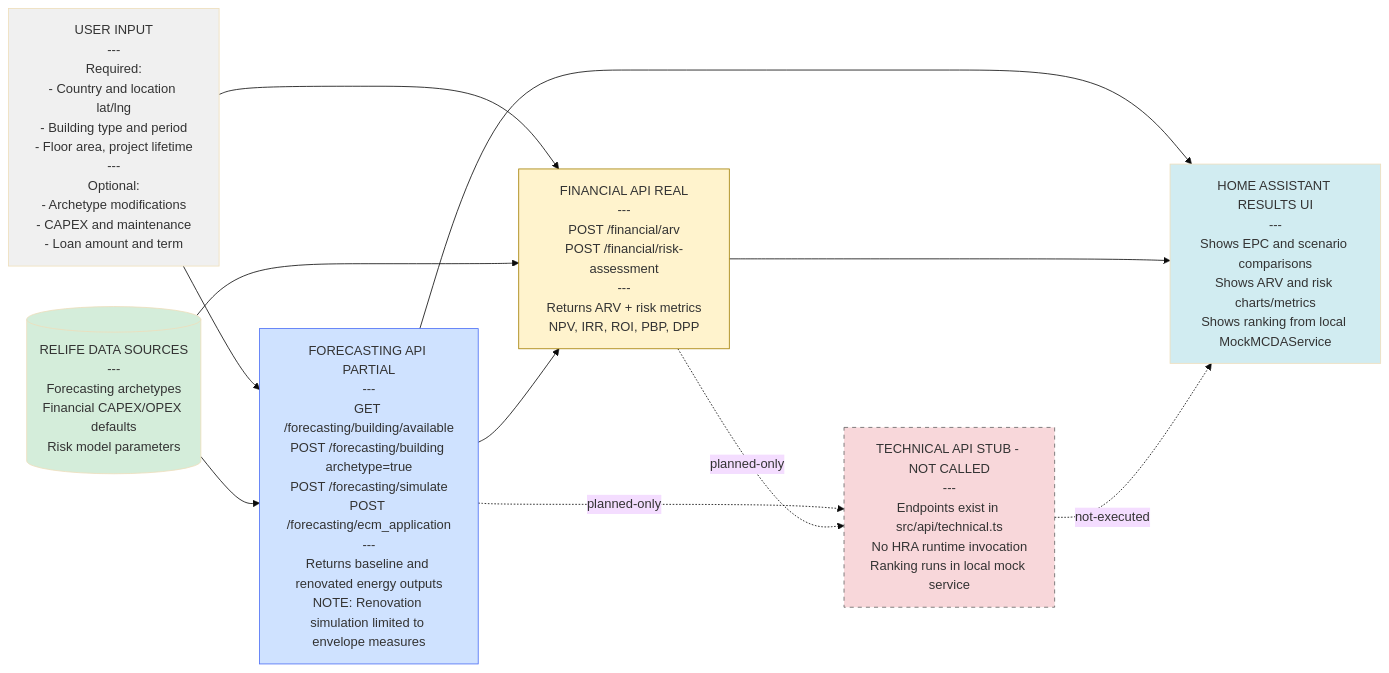
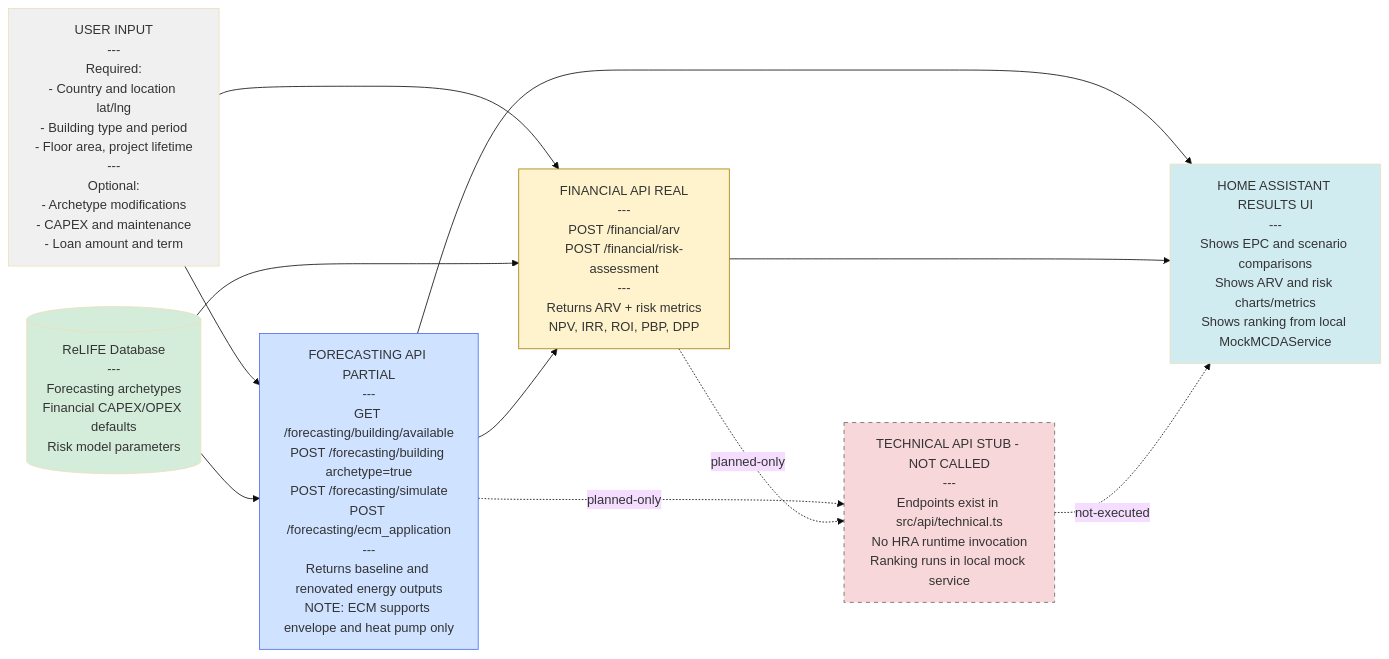
Before and after one commit to ReLIFE-Project-EU/relife-web-ui: the second of 6 diagrams in README.md, drawn with Mermaid (base theme). The commit also changed other lines of this file, not shown here.

Commit message:
📝 Update README to reflect ECM support for floor and heat pump

````diff
--- a/README.md
+++ b/README.md
@@ -63,32 +63,32 @@
 ```mermaid
 flowchart LR
     UserInput["USER INPUT<br/>---<br/>Required:<br/>- Country and location lat/lng<br/>- Building type and period<br/>- Floor area, project lifetime<br/>---<br/>Optional:<br/>- Archetype modifications<br/>- CAPEX and maintenance<br/>- Loan amount and term"]
 
-    DB[("RELIFE DATA SOURCES<br/>---<br/>Forecasting archetypes<br/>Financial CAPEX/OPEX defaults<br/>Risk model parameters")]
+    DB[("ReLIFE Database<br/>---<br/>Forecasting archetypes<br/>Financial CAPEX/OPEX defaults<br/>Risk model parameters")]
 
-    Forecasting["FORECASTING API PARTIAL<br/>---<br/>GET /forecasting/building/available<br/>POST /forecasting/building archetype=true<br/>POST /forecasting/simulate<br/>POST /forecasting/ecm_application<br/>---<br/>Returns baseline and renovated energy outputs<br/>NOTE: Renovation simulation limited to envelope measures"]
+    Forecasting["FORECASTING API PARTIAL<br/>---<br/>GET /forecasting/building/available<br/>POST /forecasting/building archetype=true<br/>POST /forecasting/simulate<br/>POST /forecasting/ecm_application<br/>---<br/>Returns baseline and renovated energy outputs<br/>NOTE: ECM supports envelope and heat pump only"]
 
     Financial["FINANCIAL API REAL<br/>---<br/>POST /financial/arv<br/>POST /financial/risk-assessment<br/>---<br/>Returns ARV + risk metrics<br/>NPV, IRR, ROI, PBP, DPP"]
 
     Technical["TECHNICAL API STUB - NOT CALLED<br/>---<br/>Endpoints exist in src/api/technical.ts<br/>No HRA runtime invocation<br/>Ranking runs in local mock service"]
 
     Output["HOME ASSISTANT RESULTS UI<br/>---<br/>Shows EPC and scenario comparisons<br/>Shows ARV and risk charts/metrics<br/>Shows ranking from local MockMCDAService"]
 
     UserInput --> Forecasting
     DB --> Forecasting
     UserInput --> Financial
     DB --> Financial
     Forecasting --> Financial
     Forecasting --> Output
     Financial --> Output
     Forecasting -. planned-only .-> Technical
     Financial -. planned-only .-> Technical
     Technical -. not-executed .-> Output
 
     style UserInput fill:#f0f0f0
     style DB fill:#d4edda
     style Forecasting fill:#cfe2ff,stroke:#4c6ef5
     style Financial fill:#fff3cd,stroke:#a37f00
     style Technical fill:#f8d7da,stroke:#666,stroke-dasharray: 5 5
     style Output fill:#d1ecf1
 ```
````
